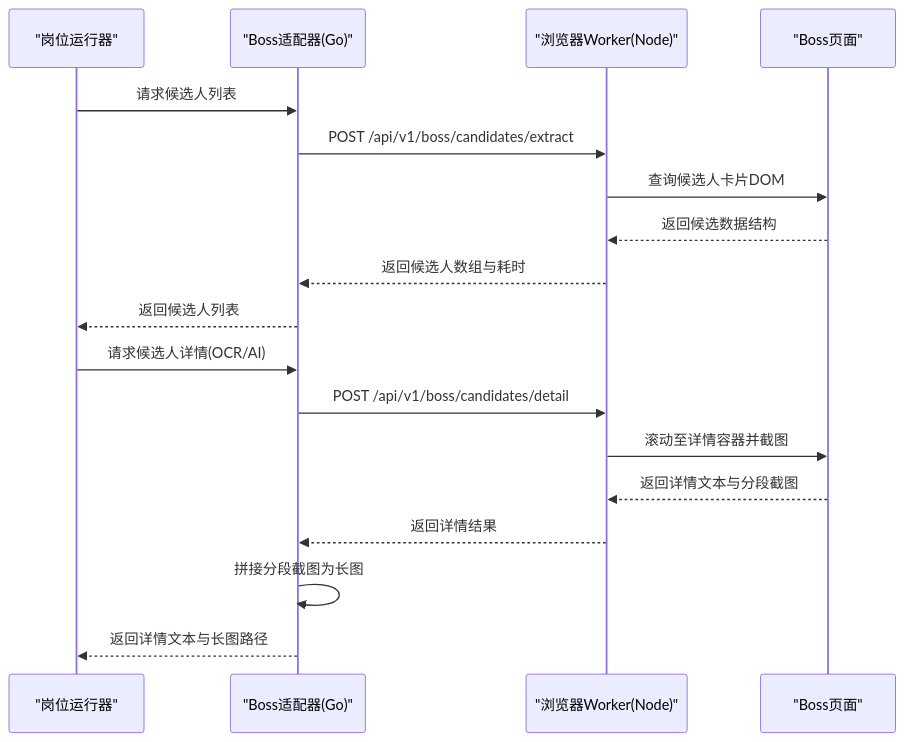
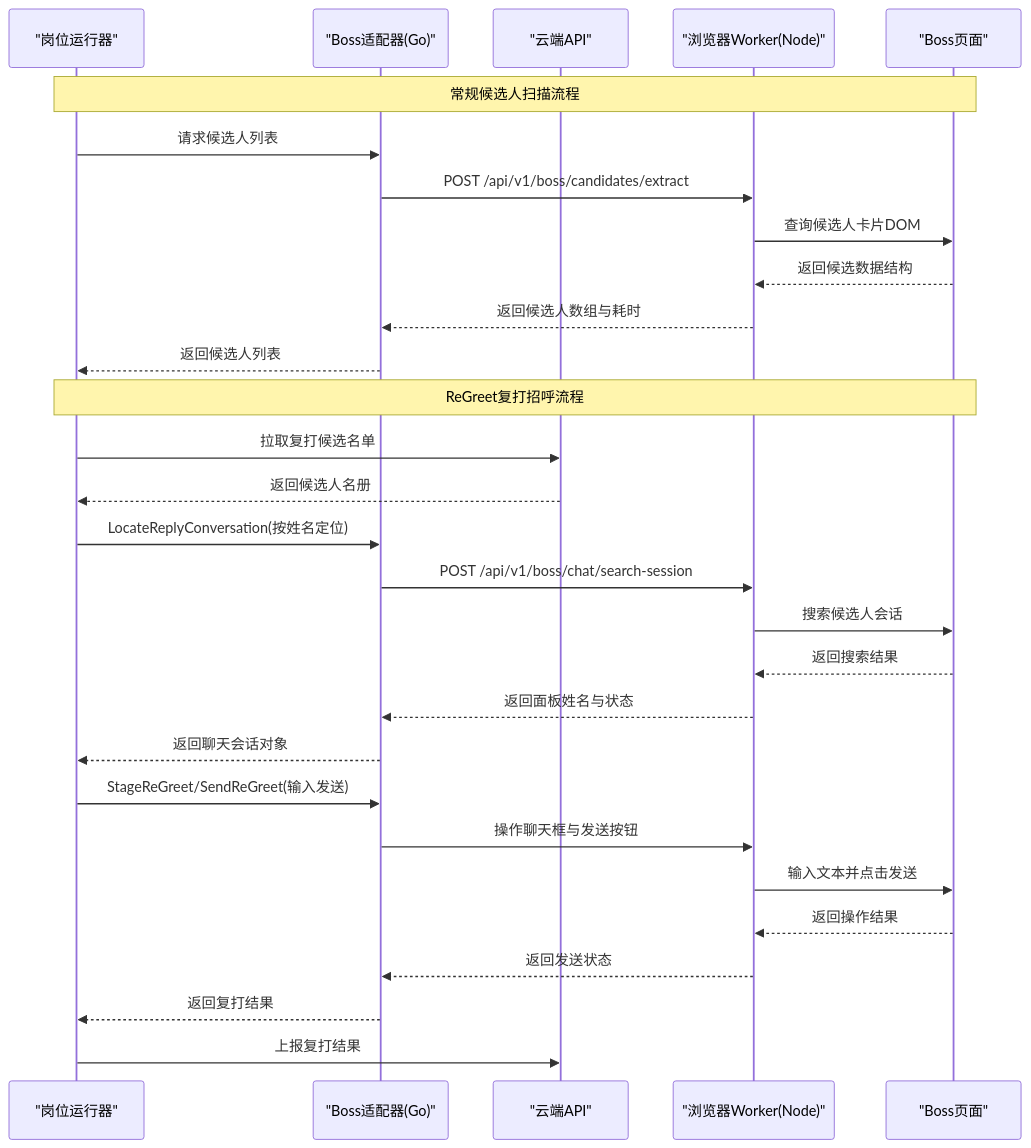
One commit to alvinwangzi/goodhr changed the second of 10 diagrams in .qoder/repowiki/zh/content/本地执行器/平台适配器/Boss直聘适配器/Boss直聘适配器.md. Above: the diagram before and after it, drawn with Mermaid. The commit also changed other lines of this file and 91 other files, not shown here.

````diff
--- a/.qoder/repowiki/zh/content/本地执行器/平台适配器/Boss直聘适配器/Boss直聘适配器.md
+++ b/.qoder/repowiki/zh/content/本地执行器/平台适配器/Boss直聘适配器/Boss直聘适配器.md
@@ -141,20 +151,31 @@
 ```mermaid
 sequenceDiagram
 participant Runner as "岗位运行器"
 participant Boss as "Boss适配器(Go)"
+participant Cloud as "云端API"
 participant Worker as "浏览器Worker(Node)"
 participant Page as "Boss页面"
+Note over Runner,Page : 常规候选人扫描流程
 Runner->>Boss : 请求候选人列表
 Boss->>Worker : POST /api/v1/boss/candidates/extract
 Worker->>Page : 查询候选人卡片DOM
 Page-->>Worker : 返回候选数据结构
 Worker-->>Boss : 返回候选人数组与耗时
 Boss-->>Runner : 返回候选人列表
-Runner->>Boss : 请求候选人详情(OCR/AI)
-Boss->>Worker : POST /api/v1/boss/candidates/detail
-Worker->>Page : 滚动至详情容器并截图
-Page-->>Worker : 返回详情文本与分段截图
-Worker-->>Boss : 返回详情结果
-Boss->>Boss : 拼接分段截图为长图
-Boss-->>Runner : 返回详情文本与长图路径
+Note over Runner,Page : ReGreet复打招呼流程
+Runner->>Cloud : 拉取复打候选名单
+Cloud-->>Runner : 返回候选人名册
+Runner->>Boss : LocateReplyConversation(按姓名定位)
+Boss->>Worker : POST /api/v1/boss/chat/search-session
+Worker->>Page : 搜索候选人会话
+Page-->>Worker : 返回搜索结果
+Worker-->>Boss : 返回面板姓名与状态
+Boss-->>Runner : 返回聊天会话对象
+Runner->>Boss : StageReGreet/SendReGreet(输入发送)
+Boss->>Worker : 操作聊天框与发送按钮
+Worker->>Page : 输入文本并点击发送
+Page-->>Worker : 返回操作结果
+Worker-->>Boss : 返回发送状态
+Boss-->>Runner : 返回复打结果
+Runner->>Cloud : 上报复打结果
 ```
````
